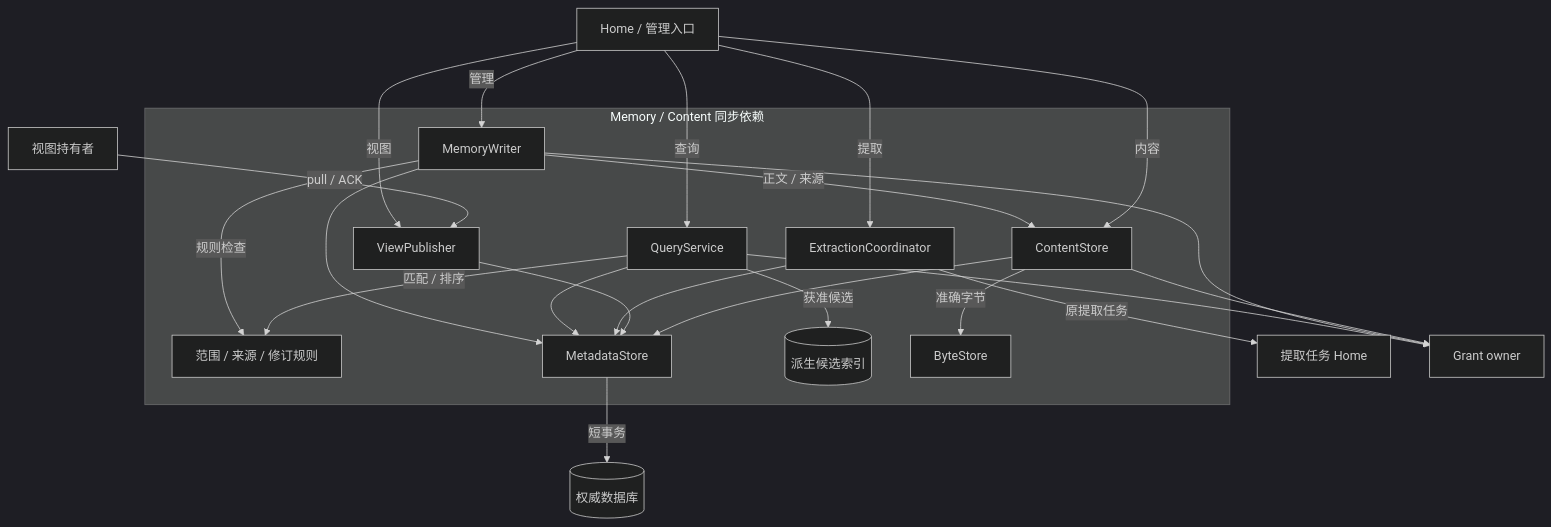
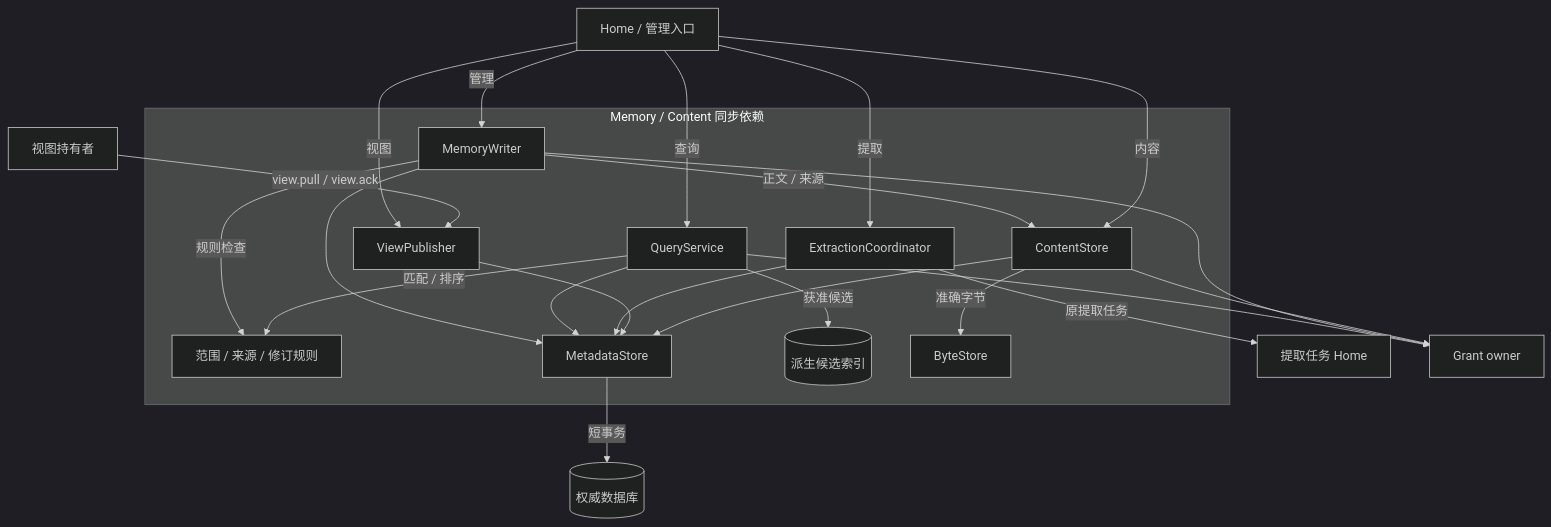
Before and after one commit to ruipengliu/lerna: the first of 6 diagrams in docs/architecture/memory/implementation.md, drawn with Mermaid (dark theme). The commit also changed other lines of this file and 103 other files, not shown here.

Commit message:
docs: expand architecture contracts and UML models

````diff
--- a/docs/architecture/memory/implementation.md
+++ b/docs/architecture/memory/implementation.md
@@ -24,37 +26,37 @@
 ```mermaid
 flowchart TB
     U[Home / 管理入口]
     R[视图持有者]
     subgraph M[Memory / Content 同步依赖]
       W[MemoryWriter]
       Q[QueryService]
       E[ExtractionCoordinator]
       V[ViewPublisher]
       C[ContentStore]
       FQ[范围 / 来源 / 修订规则]
       S[MetadataStore]
       X[(派生候选索引)]
       B[ByteStore]
       W --> S
       W -->|规则检查| FQ
       W -->|正文 / 来源| C
       Q --> S
       Q -->|匹配 / 排序| FQ
       Q -->|获准候选| X
       E --> S
       V --> S
       C --> S
       C -->|准确字节| B
     end
     U -->|管理| W
     U -->|查询| Q
     U -->|提取| E
     U -->|视图| V
     U -->|内容| C
-    R -->|pull / ACK| V
+    R -->|view.pull / view.ack| V
     E -->|原提取任务| H[提取任务 Home]
     Q --> G[Grant owner]
     W --> G
     C --> G
     S -->|短事务| DB[(权威数据库)]
 ```
````
